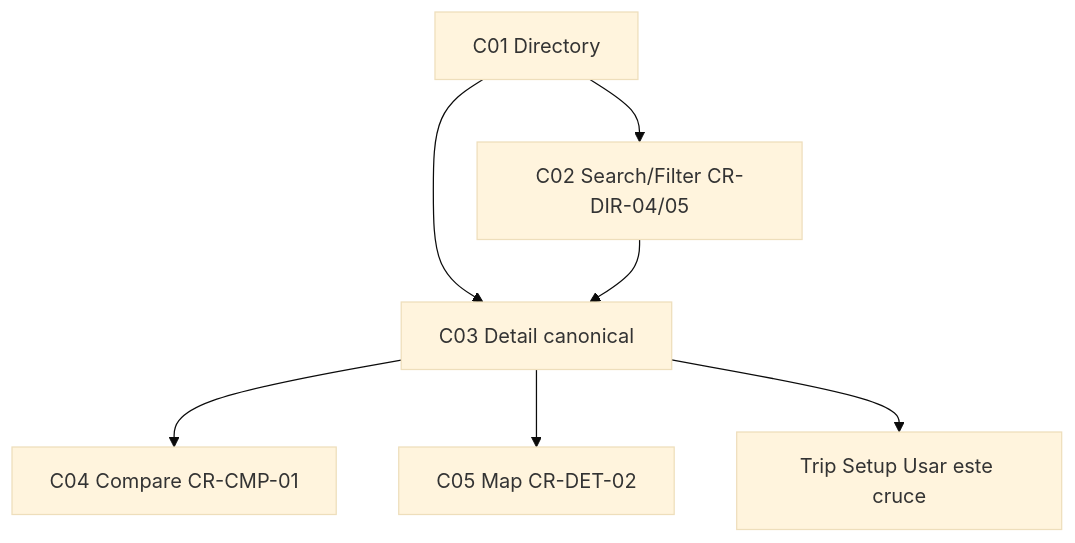
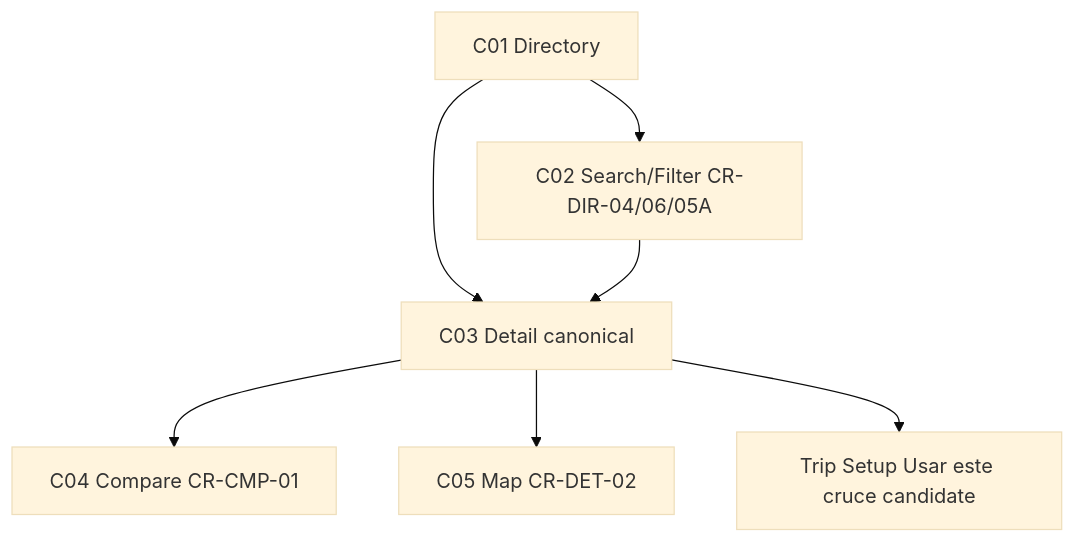
One commit to jtanori/cruze-app changed the diagram in design/workflows/W7-crossings.md. Above: the diagram before and after it, drawn with Mermaid (base theme). The commit also changed other lines of this file and 158 other files, not shown here.

````diff
--- a/design/workflows/W7-crossings.md
+++ b/design/workflows/W7-crossings.md
@@ -14,9 +14,9 @@
 ```mermaid
 flowchart TD
-    A[C01 Directory] --> B[C02 Search/Filter CR-DIR-04/05]
+    A[C01 Directory] --> B[C02 Search/Filter CR-DIR-04/06/05A]
     A --> C[C03 Detail canonical]
     B --> C
     C --> D[C04 Compare CR-CMP-01]
     C --> E[C05 Map CR-DET-02]
-    C --> F[Trip Setup Usar este cruce]
+    C --> F[Trip Setup Usar este cruce candidate]
 ```
````
